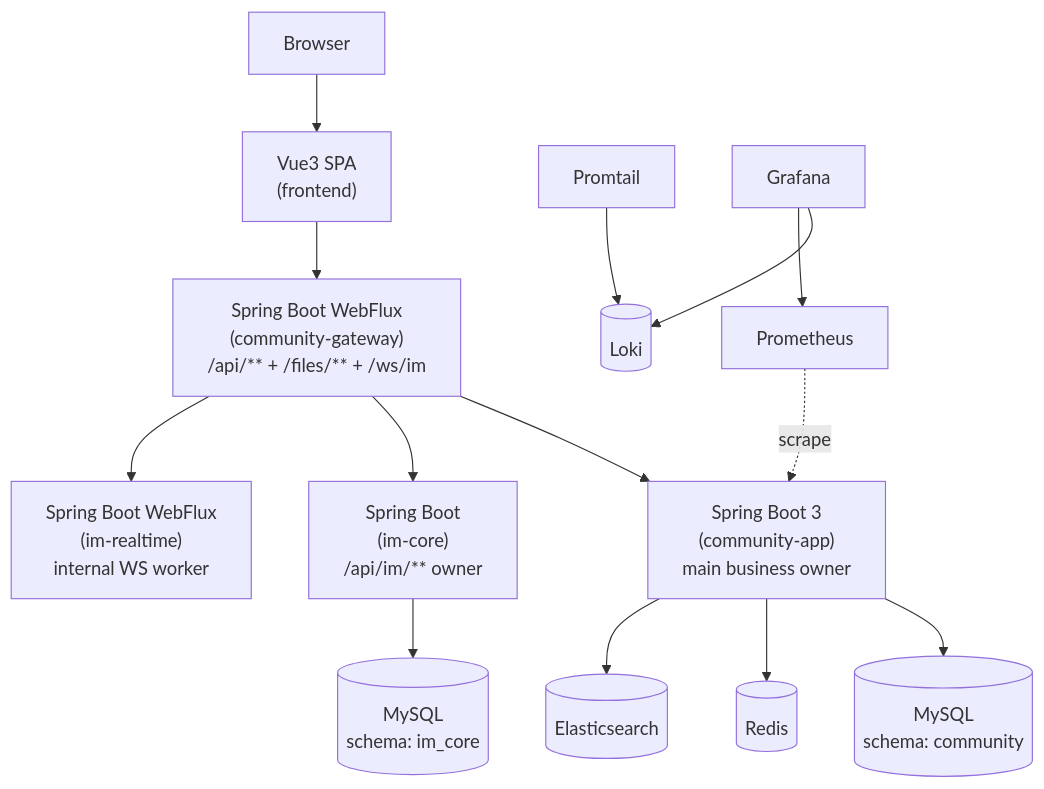
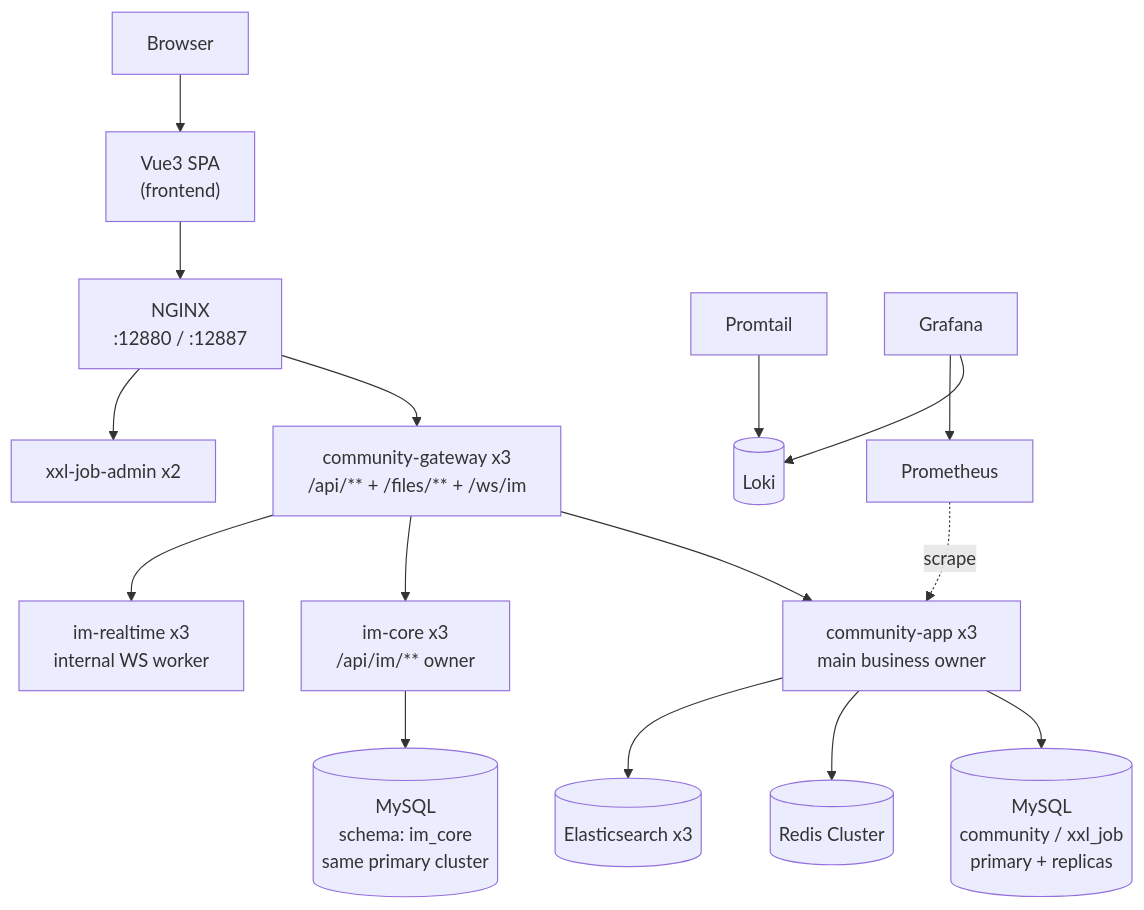
The diagram in docs/ARCHITECTURE.md (skt-shinyruo/community), drawn with Mermaid before and after one commit. The commit also changed other lines of this file and 14 other files, not shown here.

````diff
--- a/docs/ARCHITECTURE.md
+++ b/docs/ARCHITECTURE.md
@@ -38,18 +38,20 @@
 ```mermaid
 flowchart TD
     Browser[Browser] --> FE["Vue3 SPA<br/>(frontend)"]
-    FE --> GW["Spring Boot WebFlux<br/>(community-gateway)<br/>/api/** + /files/** + /ws/im"]
-    GW --> APP["Spring Boot 3<br/>(community-app)<br/>main business owner"]
-    GW --> IMCORE["Spring Boot<br/>(im-core)<br/>/api/im/** owner"]
-    GW --> IMRT["Spring Boot WebFlux<br/>(im-realtime)<br/>internal WS worker"]
+    FE --> NGINX["NGINX<br/>:12880 / :12887"]
+    NGINX --> GW["community-gateway x3<br/>/api/** + /files/** + /ws/im"]
+    NGINX --> XXL["xxl-job-admin x2"]
+    GW --> APP["community-app x3<br/>main business owner"]
+    GW --> IMCORE["im-core x3<br/>/api/im/** owner"]
+    GW --> IMRT["im-realtime x3<br/>internal WS worker"]
 
-    APP --> MySQL[(MySQL<br/>schema: community)]
-    IMCORE --> IMMySQL[(MySQL<br/>schema: im_core)]
-    APP --> Redis[(Redis)]
-    APP --> ES[(Elasticsearch)]
+    APP --> MySQL[(MySQL<br/>community / xxl_job<br/>primary + replicas)]
+    IMCORE --> IMMySQL[(MySQL<br/>schema: im_core<br/>same primary cluster)]
+    APP --> Redis[(Redis Cluster)]
+    APP --> ES[(Elasticsearch x3)]
 
     Prom[Prometheus] -. scrape .-> APP
     Logs[Promtail] --> Loki[(Loki)]
     Grafana[Grafana] --> Loki
     Grafana --> Prom
 ```
````
